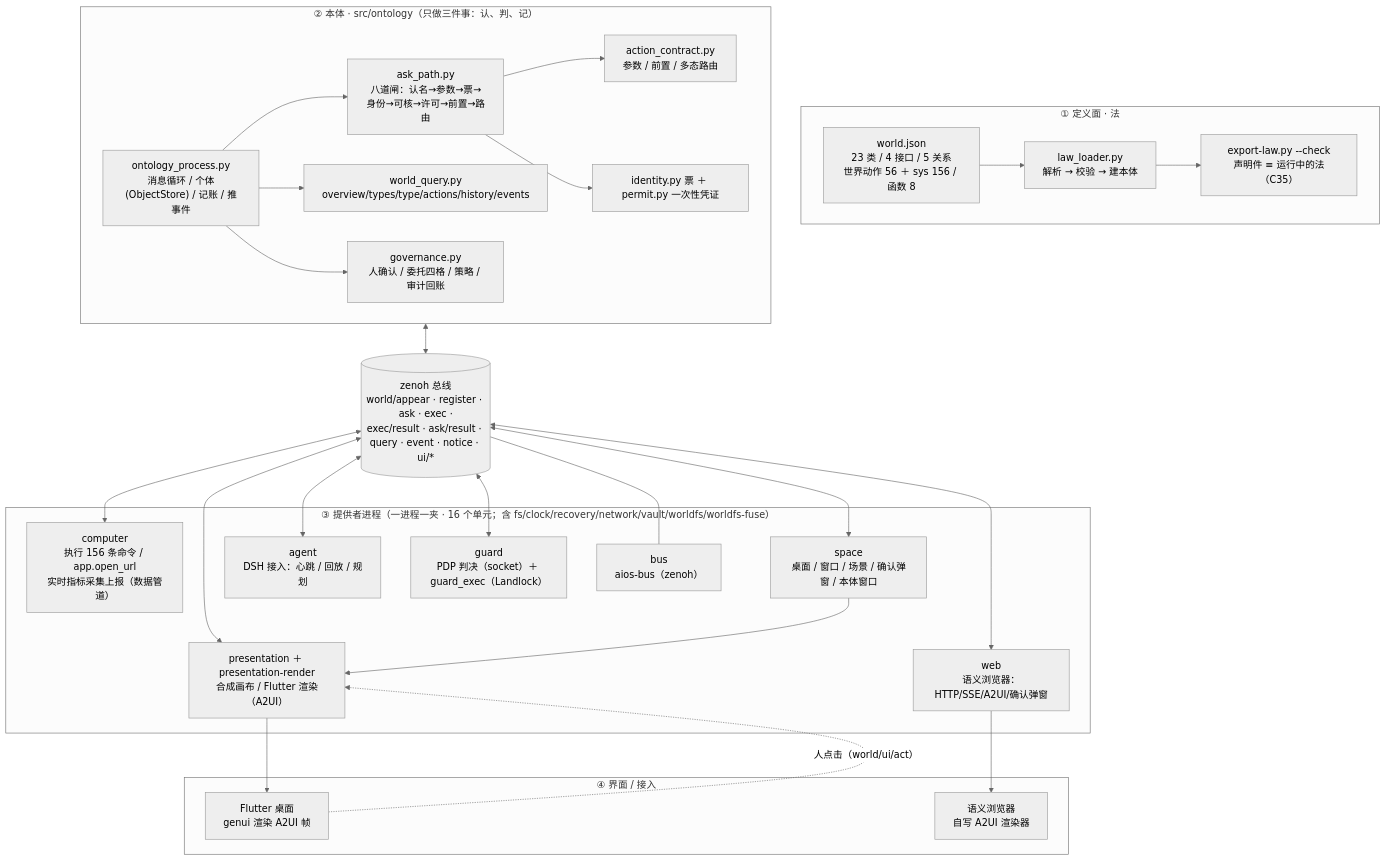
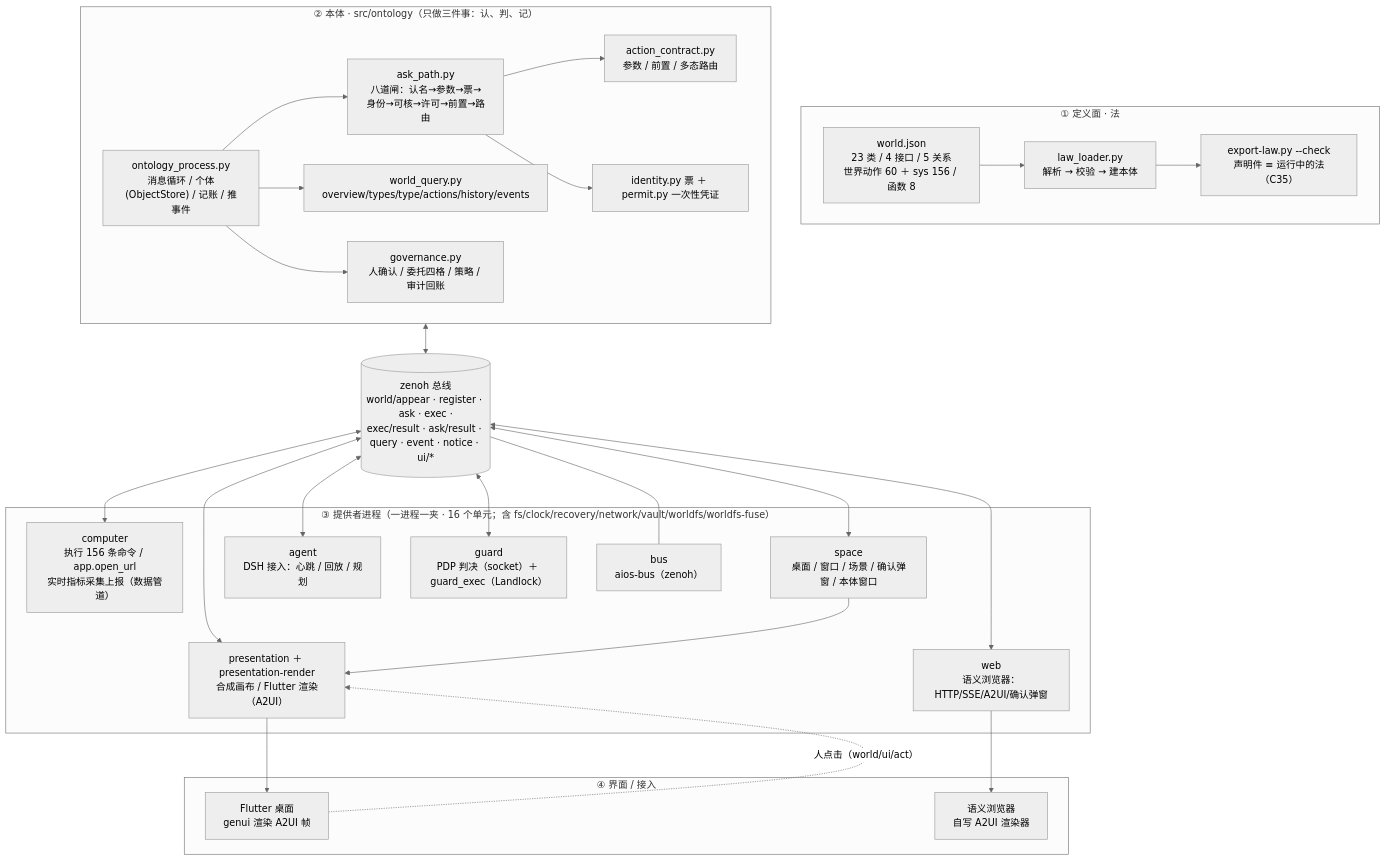
Before and after one commit to ZiFan1117/worldcore: the first of 4 diagrams in docs/ARCHITECTURE.md, drawn with Mermaid (neutral theme). The commit also changed other lines of this file and 8 other files, not shown here.

````diff
--- a/docs/ARCHITECTURE.md
+++ b/docs/ARCHITECTURE.md
@@ -8,53 +8,53 @@
 ```mermaid
 flowchart TB
   subgraph L1[① 定义面 · 法]
-    LAW["world.json<br/>23 类 / 4 接口 / 5 关系<br/>世界动作 56 ＋ sys 156 / 函数 8"]
+    LAW["world.json<br/>23 类 / 4 接口 / 5 关系<br/>世界动作 60 ＋ sys 156 / 函数 8"]
     LOADER["law_loader.py<br/>解析 → 校验 → 建本体"]
     EXPORT["export-law.py --check<br/>声明件 ≡ 运行中的法（C35）"]
     LAW --> LOADER
     LOADER --> EXPORT
   end
 
   subgraph L2[② 本体 · src/ontology（只做三件事：认、判、记）]
     PROC["ontology_process.py<br/>消息循环 / 个体(ObjectStore) / 记账 / 推事件"]
     GATE["ask_path.py<br/>八道闸：认名→参数→票→身份→可核→许可→前置→路由"]
     QUERY["world_query.py<br/>overview/types/type/actions/history/events"]
     GOV["governance.py<br/>人确认 / 委托四格 / 策略 / 审计回账"]
     ID["identity.py 票 ＋ permit.py 一次性凭证"]
     AC["action_contract.py<br/>参数 / 前置 / 多态路由"]
     PROC --> GATE --> AC
     PROC --> QUERY
     PROC --> GOV
     GATE --> ID
   end
 
   BUS[("zenoh 总线<br/>world/appear · register · ask · exec ·<br/>exec/result · ask/result · query · event · notice · ui/*")]
 
   subgraph L3[③ 提供者进程（一进程一夹 · 16 个单元；含 fs/clock/recovery/network/vault/worldfs/worldfs-fuse）]
     COMP["computer<br/>执行 156 条命令 / app.open_url<br/>实时指标采集上报（数据管道）"]
     PRES["presentation ＋ presentation-render<br/>合成画布 / Flutter 渲染（A2UI）"]
     SPACE["space<br/>桌面 / 窗口 / 场景 / 确认弹窗 / 本体窗口"]
     AGENT["agent<br/>DSH 接入：心跳 / 回放 / 规划"]
     GUARD["guard<br/>PDP 判决（socket）＋ guard_exec（Landlock）"]
     WEB["web<br/>语义浏览器：HTTP/SSE/A2UI/确认弹窗"]
     BUSUNIT["bus<br/>aios-bus（zenoh）"]
   end
 
   subgraph L4[④ 界面 / 接入]
     FLUTTER["Flutter 桌面<br/>genui 渲染 A2UI 帧"]
     BROWSER["语义浏览器<br/>自写 A2UI 渲染器"]
   end
 
   L2 <--> BUS
   BUS <--> COMP
   BUS <--> PRES
   BUS <--> SPACE
   BUS <--> AGENT
   BUS <--> GUARD
   BUS <--> WEB
   BUS --- BUSUNIT
   PRES --> FLUTTER
   WEB --> BROWSER
   SPACE --> PRES
   FLUTTER -. "人点击（world/ui/act）" .-> PRES
 ```
````
